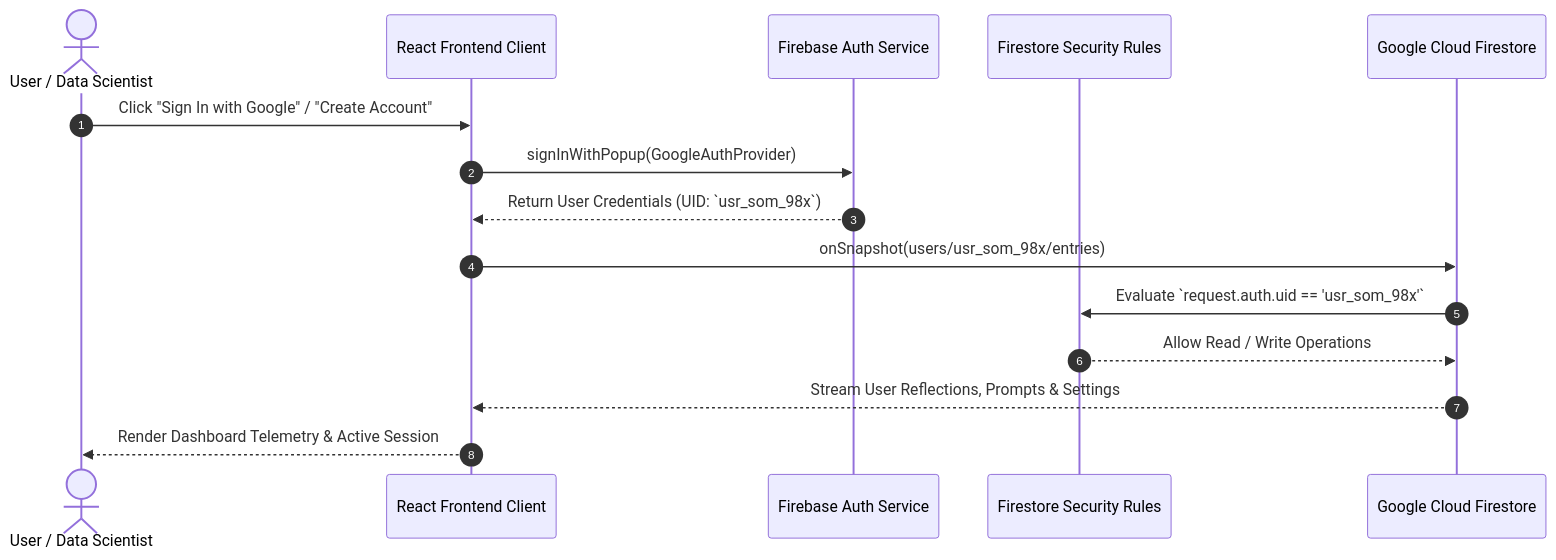
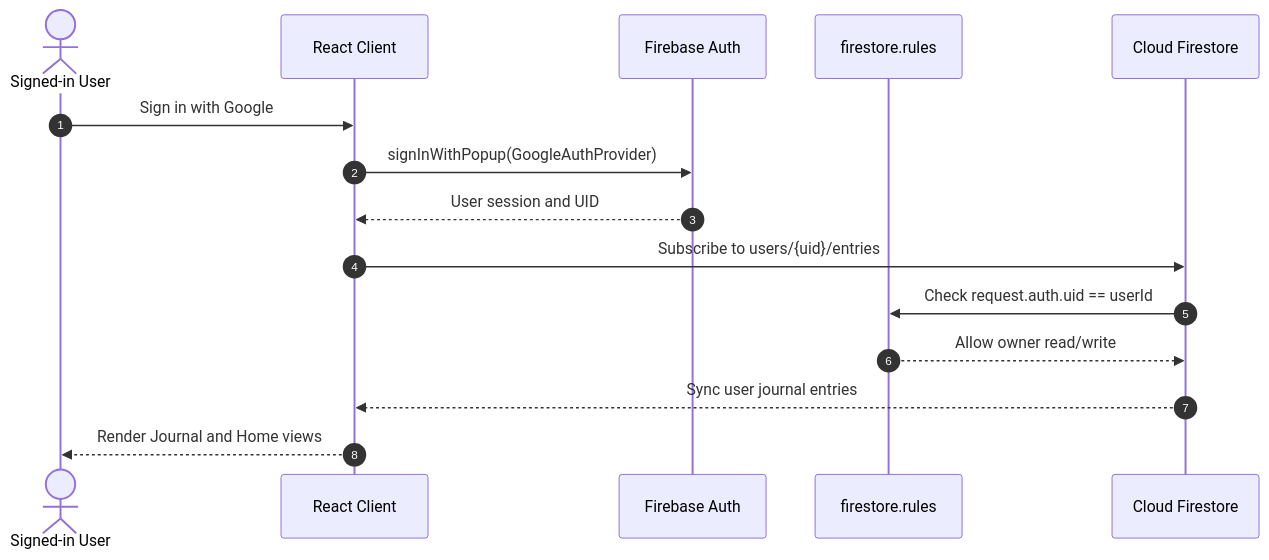
One commit to mauryasomkumar-pixel/somotoz changed the fourth of 7 diagrams in README.md. Above: the diagram before and after it, drawn with Mermaid. The commit also changed other lines of this file and 12 other files, not shown here.

````diff
--- a/README.md
+++ b/README.md
@@ -169,18 +162,18 @@
 ```mermaid
 sequenceDiagram
     autonumber
-    actor User as User / Data Scientist
-    participant App as React Frontend Client
-    participant Auth as Firebase Auth Service
-    participant Rules as Firestore Security Rules
-    participant DB as Google Cloud Firestore
+    actor User as Signed-in User
+    participant App as React Client
+    participant Auth as Firebase Auth
+    participant Rules as firestore.rules
+    participant DB as Cloud Firestore
 
-    User->>App: Click "Sign In with Google" / "Create Account"
+    User->>App: Sign in with Google
     App->>Auth: signInWithPopup(GoogleAuthProvider)
-    Auth-->>App: Return User Credentials (UID: `usr_som_98x`)
-    App->>DB: onSnapshot(users/usr_som_98x/entries)
-    DB->>Rules: Evaluate `request.auth.uid == 'usr_som_98x'`
-    Rules-->>DB: Allow Read / Write Operations
-    DB-->>App: Stream User Reflections, Prompts & Settings
-    App-->>User: Render Dashboard Telemetry & Active Session
+    Auth-->>App: User session and UID
+    App->>DB: Subscribe to users/{uid}/entries
+    DB->>Rules: Check request.auth.uid == userId
+    Rules-->>DB: Allow owner read/write
+    DB-->>App: Sync user journal entries
+    App-->>User: Render Journal and Home views
 ```
````
